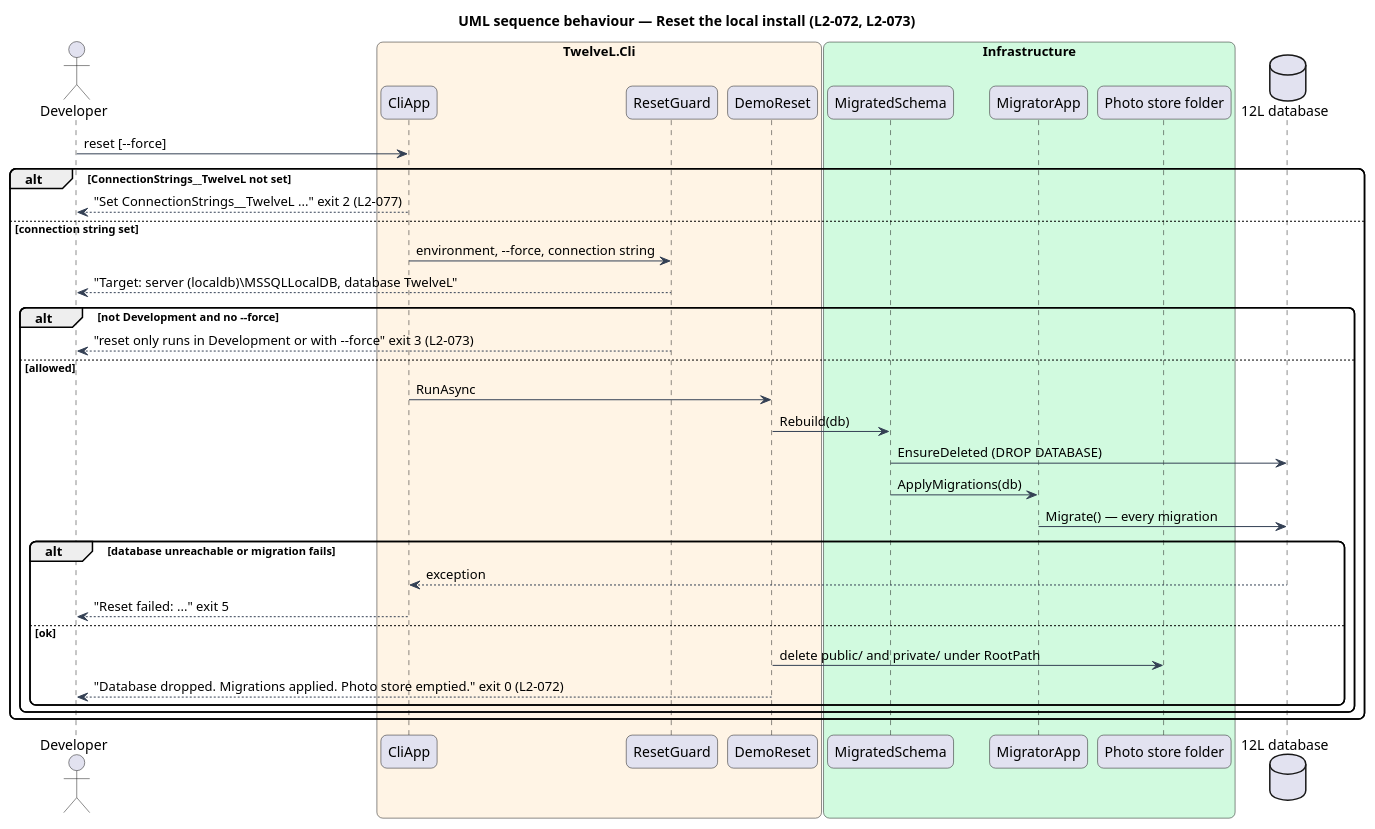
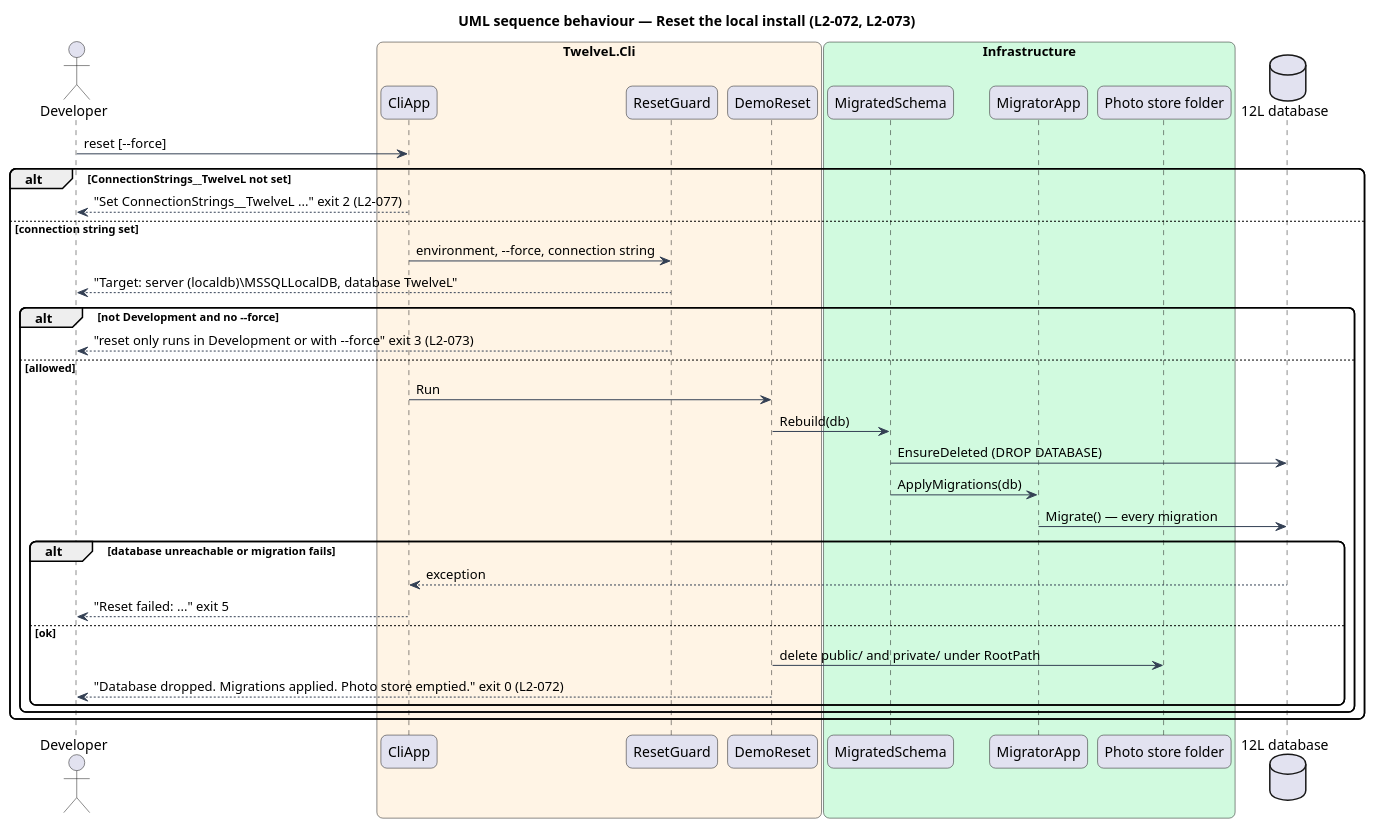
One commit to QuinntyneBrown/12l changed the diagram in docs/detailed-designs/platform/seed-demo-data/diagrams/sequence-reset.puml. Above: the diagram before and after it, drawn with PlantUML. The commit also changed 8 other files, not shown here.

```diff
--- a/docs/detailed-designs/platform/seed-demo-data/diagrams/sequence-reset.puml
+++ b/docs/detailed-designs/platform/seed-demo-data/diagrams/sequence-reset.puml
@@ -1,43 +1,43 @@
 @startuml
 title UML sequence behaviour — Reset the local install (L2-072, L2-073)
 skinparam backgroundColor #FFFFFF
 skinparam shadowing false
 skinparam roundcorner 12
 skinparam defaultFontName Arial
 skinparam ArrowColor #344054
 actor "Developer" as dev
 box "TwelveL.Cli" #FFF4E5
   participant "CliApp" as cli
   participant "ResetGuard" as guard
   participant "DemoReset" as reset
 end box
 box "Infrastructure" #D1FADF
   participant "MigratedSchema" as schema
   participant "MigratorApp" as mig
   participant "Photo store folder" as store
 end box
 database "12L database" as sql
 dev -> cli : reset [--force]
 alt ConnectionStrings__TwelveL not set
   cli --> dev : "Set ConnectionStrings__TwelveL ..." exit 2 (L2-077)
 else connection string set
   cli -> guard : environment, --force, connection string
   guard --> dev : "Target: server (localdb)\\MSSQLLocalDB, database TwelveL"
   alt not Development and no --force
     guard --> dev : "reset only runs in Development or with --force" exit 3 (L2-073)
   else allowed
-    cli -> reset : RunAsync
+    cli -> reset : Run
     reset -> schema : Rebuild(db)
     schema -> sql : EnsureDeleted (DROP DATABASE)
     schema -> mig : ApplyMigrations(db)
     mig -> sql : Migrate() — every migration
     alt database unreachable or migration fails
       sql --> cli : exception
       cli --> dev : "Reset failed: ..." exit 5
     else ok
       reset -> store : delete public/ and private/ under RootPath
       reset --> dev : "Database dropped. Migrations applied. Photo store emptied." exit 0 (L2-072)
     end
   end
 end
 @enduml
```
